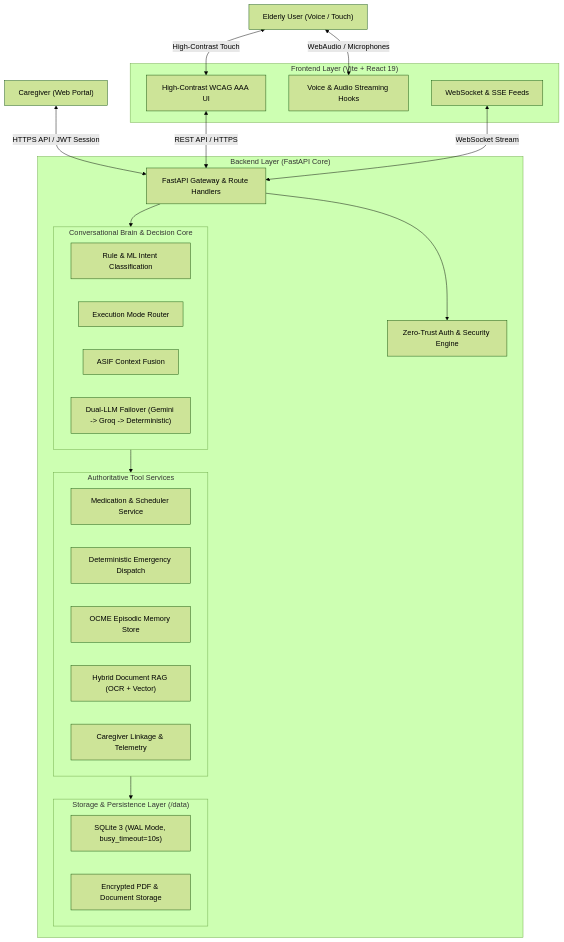
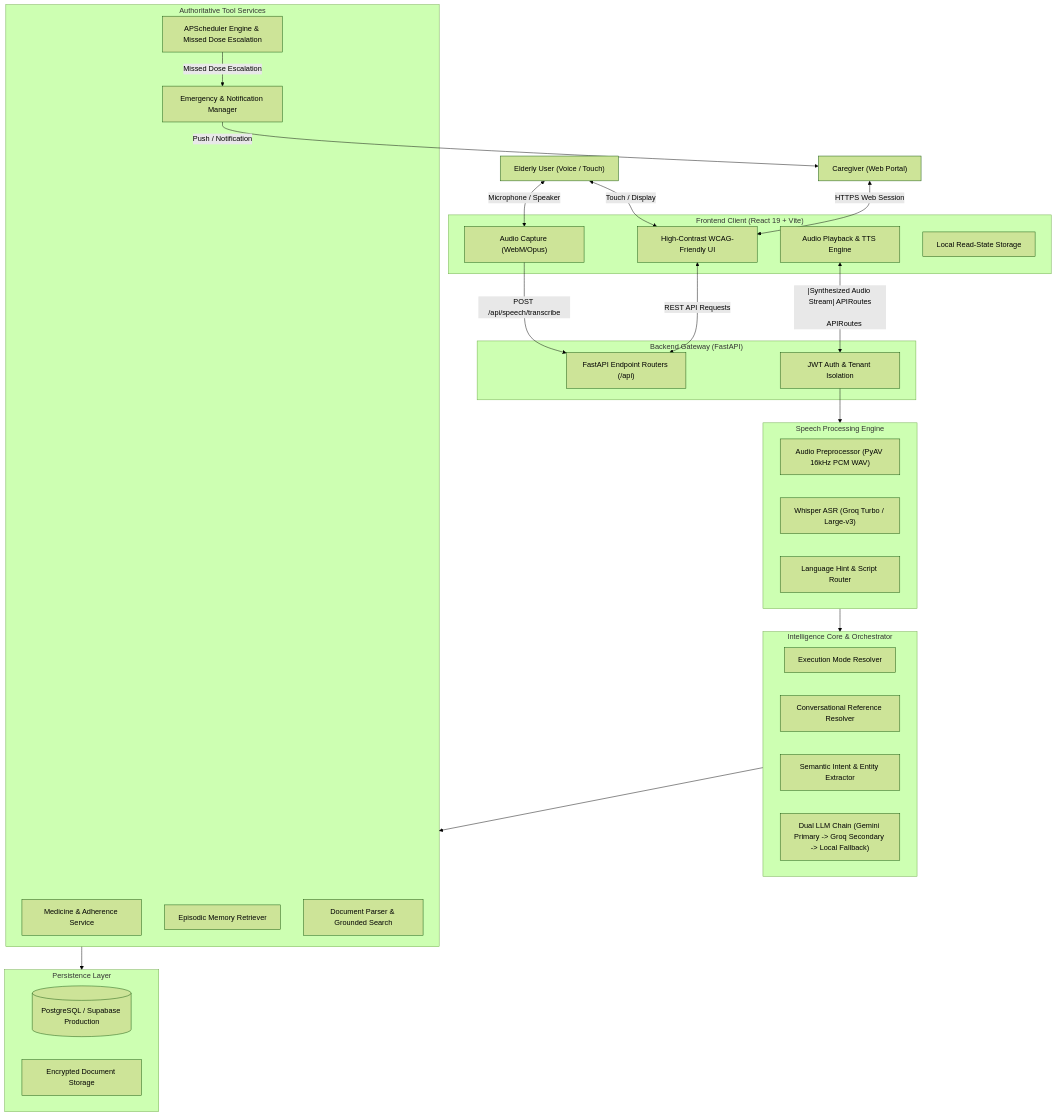
Before and after one commit to rzvn6660/orma-ai: the diagram in README.md, drawn with Mermaid (forest theme). The commit also changed other lines of this file and 1 other file, not shown here.

````diff
--- a/README.md
+++ b/README.md
@@ -16,48 +49,59 @@
 ```mermaid
 graph TD
     User["Elderly User (Voice / Touch)"]
     Caregiver["Caregiver (Web Portal)"]
-    
-    subgraph Frontend ["Frontend Layer (Vite + React 19)"]
-        UI["High-Contrast WCAG AAA UI"]
-        VoiceClient["Voice & Audio Streaming Hooks"]
-        WSClient["WebSocket & SSE Feeds"]
+
+    subgraph Client ["Frontend Client (React 19 + Vite)"]
+        UI["High-Contrast WCAG-Friendly UI"]
+        AudioRecorder["Audio Capture (WebM/Opus)"]
+        TTSClient["Audio Playback & TTS Engine"]
+        StorageUtil["Local Read-State Storage"]
     end
-    
-    subgraph Backend ["Backend Layer (FastAPI Core)"]
-        APIGateway["FastAPI Gateway & Route Handlers"]
-        AuthEngine["Zero-Trust Auth & Security Engine"]
-        
-        subgraph Brain ["Conversational Brain & Decision Core"]
-            IntentDetector["Rule & ML Intent Classification"]
-            Router["Execution Mode Router"]
-            ASIF["ASIF Context Fusion"]
-            Failover["Dual-LLM Failover (Gemini -> Groq -> Deterministic)"]
-        end
-        
-        subgraph Services ["Authoritative Tool Services"]
-            MedService["Medication & Scheduler Service"]
-            EmergencyService["Deterministic Emergency Dispatch"]
-            MemoryService["OCME Episodic Memory Store"]
-            RAGService["Hybrid Document RAG (OCR + Vector)"]
-            CaregiverService["Caregiver Linkage & Telemetry"]
-        end
-        
-        subgraph Persistence ["Storage & Persistence Layer (/data)"]
-            SQLite["SQLite 3 (WAL Mode, busy_timeout=10s)"]
-            Storage["Encrypted PDF & Document Storage"]
-        end
+
+    subgraph BackendGateway ["Backend Gateway (FastAPI)"]
+        APIRoutes["FastAPI Endpoint Routers (/api)"]
+        AuthMiddleware["JWT Auth & Tenant Isolation"]
     end
-    
-    User <-->|WebAudio / Microphones| VoiceClient
-    User <-->|High-Contrast Touch| UI
-    Caregiver <-->|HTTPS API / JWT Session| APIGateway
-    
-    UI <-->|REST API / HTTPS| APIGateway
-    WSClient <-->|WebSocket Stream| APIGateway
-    
-    APIGateway --> AuthEngine
-    APIGateway --> Brain
+
+    subgraph SpeechPipeline ["Speech Processing Engine"]
+        AudioPrep["Audio Preprocessor (PyAV 16kHz PCM WAV)"]
+        WhisperASR["Whisper ASR (Groq Turbo / Large-v3)"]
+        LangRouter["Language Hint & Script Router"]
+    end
+
+    subgraph Brain ["Intelligence Core & Orchestrator"]
+        ModeResolver["Execution Mode Resolver"]
+        RefResolver["Conversational Reference Resolver"]
+        IntentNLU["Semantic Intent & Entity Extractor"]
+        LLMFailover["Dual LLM Chain (Gemini Primary -> Groq Secondary -> Local Fallback)"]
+    end
+
+    subgraph Services ["Authoritative Tool Services"]
+        MedService["Medicine & Adherence Service"]
+        SchedulerService["APScheduler Engine & Missed Dose Escalation"]
+        OCMEMemory["Episodic Memory Retriever"]
+        RAGService["Document Parser & Grounded Search"]
+        EmergencyDispatch["Emergency & Notification Manager"]
+    end
+
+    subgraph Persistence ["Persistence Layer"]
+        DB[(PostgreSQL / Supabase Production)]
+        DocStorage["Encrypted Document Storage"]
+    end
+
+    User <-->|Microphone / Speaker| AudioRecorder
+    User <-->|Touch / Display| UI
+    Caregiver <-->|HTTPS Web Session| UI
+
+    AudioRecorder -->|POST /api/speech/transcribe| APIRoutes
+    UI <-->|REST API Requests| APIRoutes
+    TTSClient <--|Synthesized Audio Stream| APIRoutes
+
+    APIRoutes --> AuthMiddleware
+    AuthMiddleware --> SpeechPipeline
+    SpeechPipeline --> Brain
     Brain --> Services
     Services --> Persistence
+    SchedulerService -->|Missed Dose Escalation| EmergencyDispatch
+    EmergencyDispatch -->|Push / Notification| Caregiver
 ```
````
